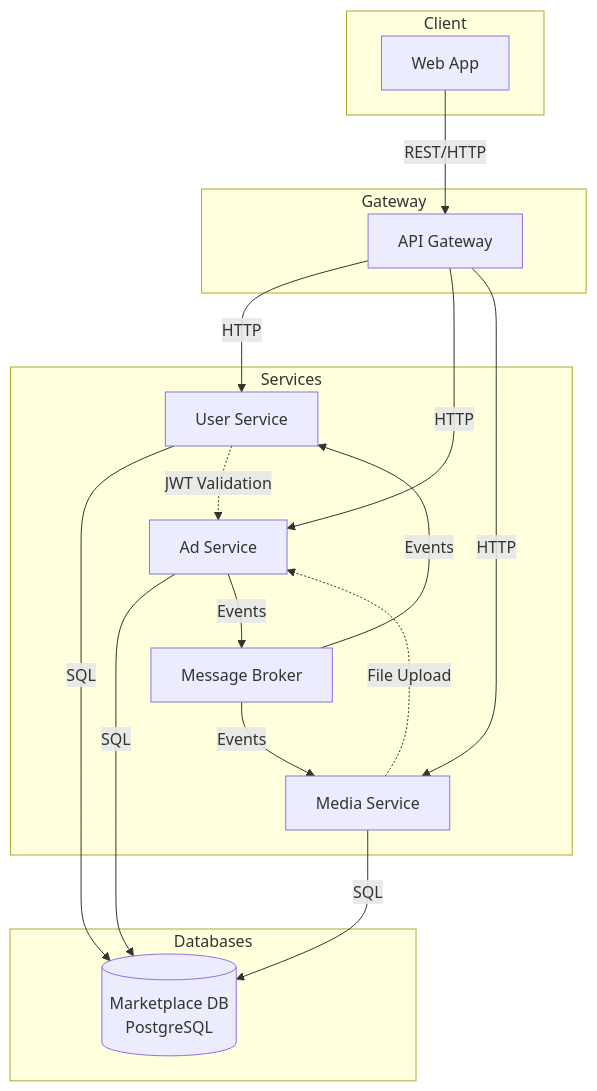
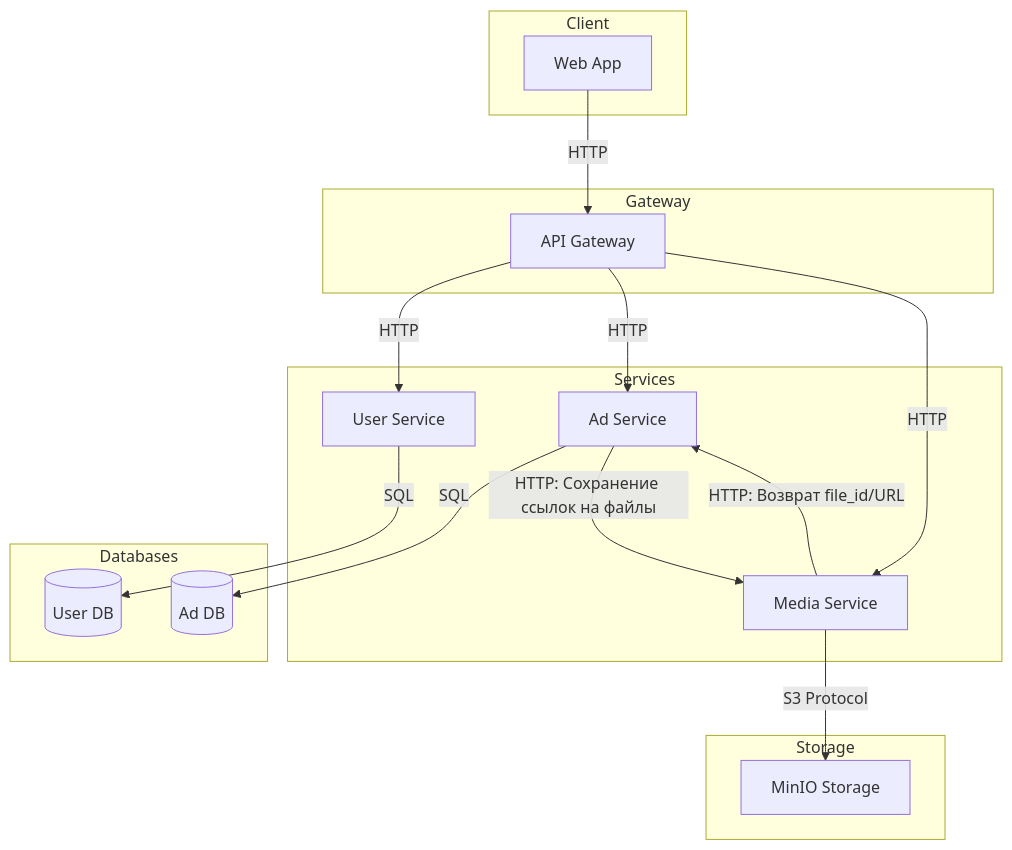
The first of 6 diagrams in docs/tr.md (spbu-ds-practicum-2025/78-pflops), drawn with Mermaid before and after one commit. The commit also changed other lines of this file, not shown here.

````diff
--- a/docs/tr.md
+++ b/docs/tr.md
@@ -169,59 +300,38 @@
 ```mermaid
-  graph  TD
+graph TD
 
-subgraph  Client
-
-WebApp[Web  App]
-
+subgraph Client
+    WebApp[Web App]
 end
 
-subgraph  Gateway
-
-APIGateway[API  Gateway]
-
+subgraph Gateway
+    APIGateway[API Gateway]
 end
 
-subgraph  Services
-
-UserService[User  Service]
-
-AdService[Ad  Service]
-
-MediaService[Media  Service]
-
-MessageBroker[Message  Broker]
-
+subgraph Services
+    UserService[User Service]
+    AdService[Ad Service]
+    MediaService[Media Service]
 end
 
-subgraph  Databases
-
-MarketplaceDB[(Marketplace DB<br/>PostgreSQL)]
-
+subgraph Databases
+    UserDB[(User DB)]
+    AdDB[(Ad DB)]
 end
 
-  
+subgraph Storage
+    MinIO[MinIO Storage]
+end
 
-WebApp-->|REST/HTTP|APIGateway
-
+WebApp-->|HTTP|APIGateway
 APIGateway-->|HTTP|UserService
-
 APIGateway-->|HTTP|AdService
-
 APIGateway-->|HTTP|MediaService
 
-UserService-->|SQL|MarketplaceDB
+UserService-->|SQL|UserDB
+AdService-->|SQL|AdDB
+MediaService-->|S3 Protocol|MinIO
 
-AdService-->|SQL|MarketplaceDB
-
-MediaService-->|SQL|MarketplaceDB
-
-AdService-->|Events|MessageBroker
-
-MessageBroker-->|Events|UserService
-
-MessageBroker-->|Events|MediaService
-
-UserService-.->|JWT  Validation|AdService
-
-MediaService-.->|File  Upload|AdService
+AdService-->|HTTP: Сохранение ссылок на файлы|MediaService
+MediaService-->|HTTP: Возврат file_id/URL|AdService
 ```
````
